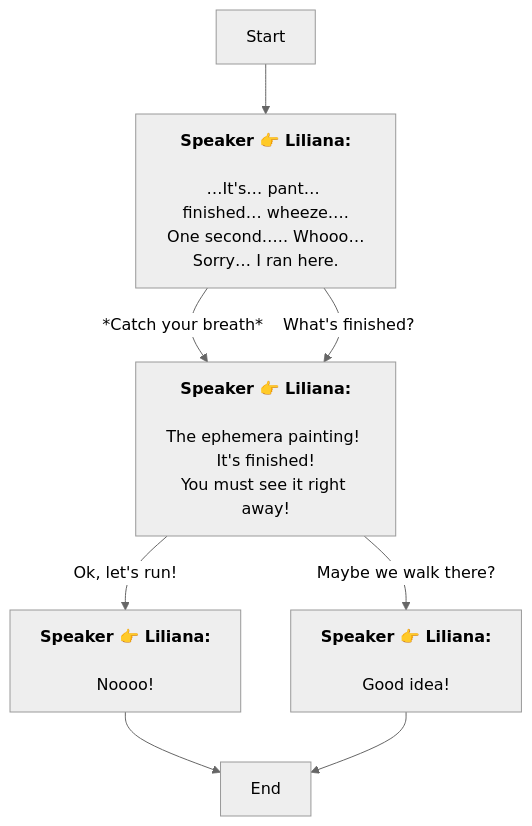
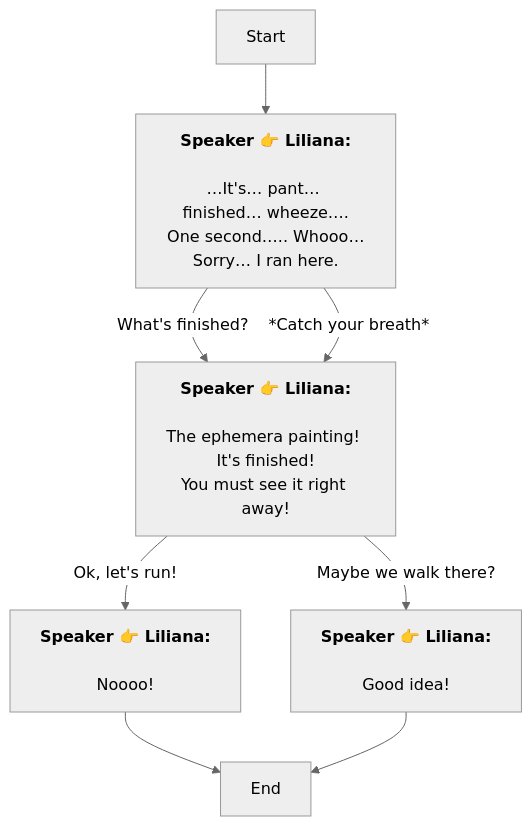
One commit to SoftHu/tos_avg changed the diagram in En/Dialog_55278110975399.md. Above: the diagram before and after it, drawn with Mermaid (neutral theme). The commit also changed other lines of this file and 780 other files, not shown here.

````diff
--- a/En/Dialog_55278110975399.md
+++ b/En/Dialog_55278110975399.md
@@ -1,18 +1,18 @@
 ```mermaid
 graph
 Start -->1768899598101500[<b>Speaker 👉 Liliana:</b>
 \n…It's… pant… finished… wheeze….\nOne second….. Whooo…\nSorry… I ran here.]
+1768899598101500 -->|What's finished?|1768899650147331[<b>Speaker 👉 Liliana:</b>
+\nThe ephemera painting! It's finished!
+You must see it right away!]
 1768899598101500 -->|*Catch your breath*|1768899650147331[<b>Speaker 👉 Liliana:</b>
 \nThe ephemera painting! It's finished!
 You must see it right away!]
-1768899598101500 -->|What's finished?|1768899650147331[<b>Speaker 👉 Liliana:</b>
-\nThe ephemera painting! It's finished!
-You must see it right away!]
+1768899650147331 -->|Maybe we walk there?|1768899904642064[<b>Speaker 👉 Liliana:</b>
+\nGood idea!]
 1768899650147331 -->|Ok, let's run!|1768899899401231[<b>Speaker 👉 Liliana:</b>
 \nNoooo!]
-1768899650147331 -->|Maybe we walk there?|1768899904642064[<b>Speaker 👉 Liliana:</b>
-\nGood idea!]
 1768899899401231 -->1768899592828923[End]
 1768899904642064 -->1768899592828923[End]
 
 ```
````
